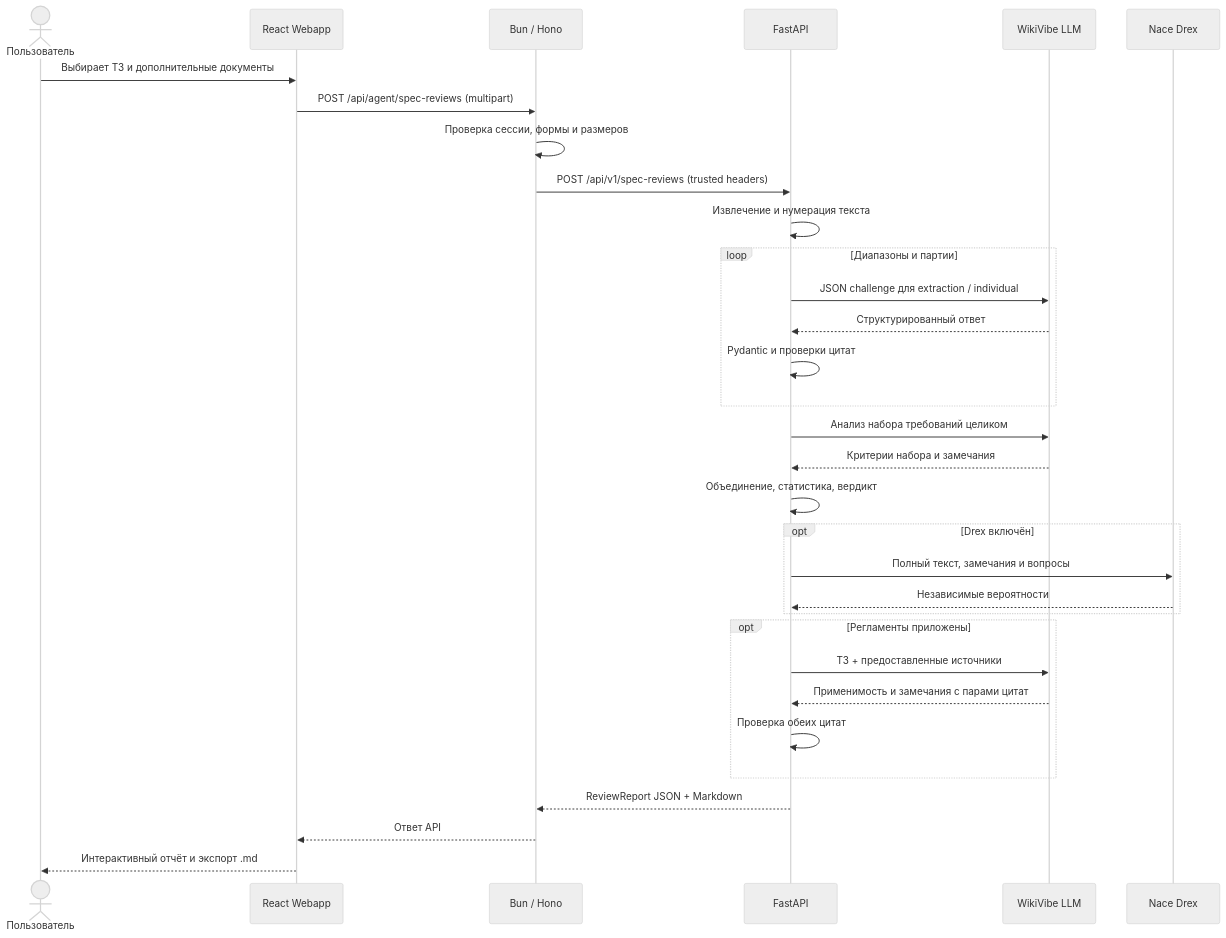
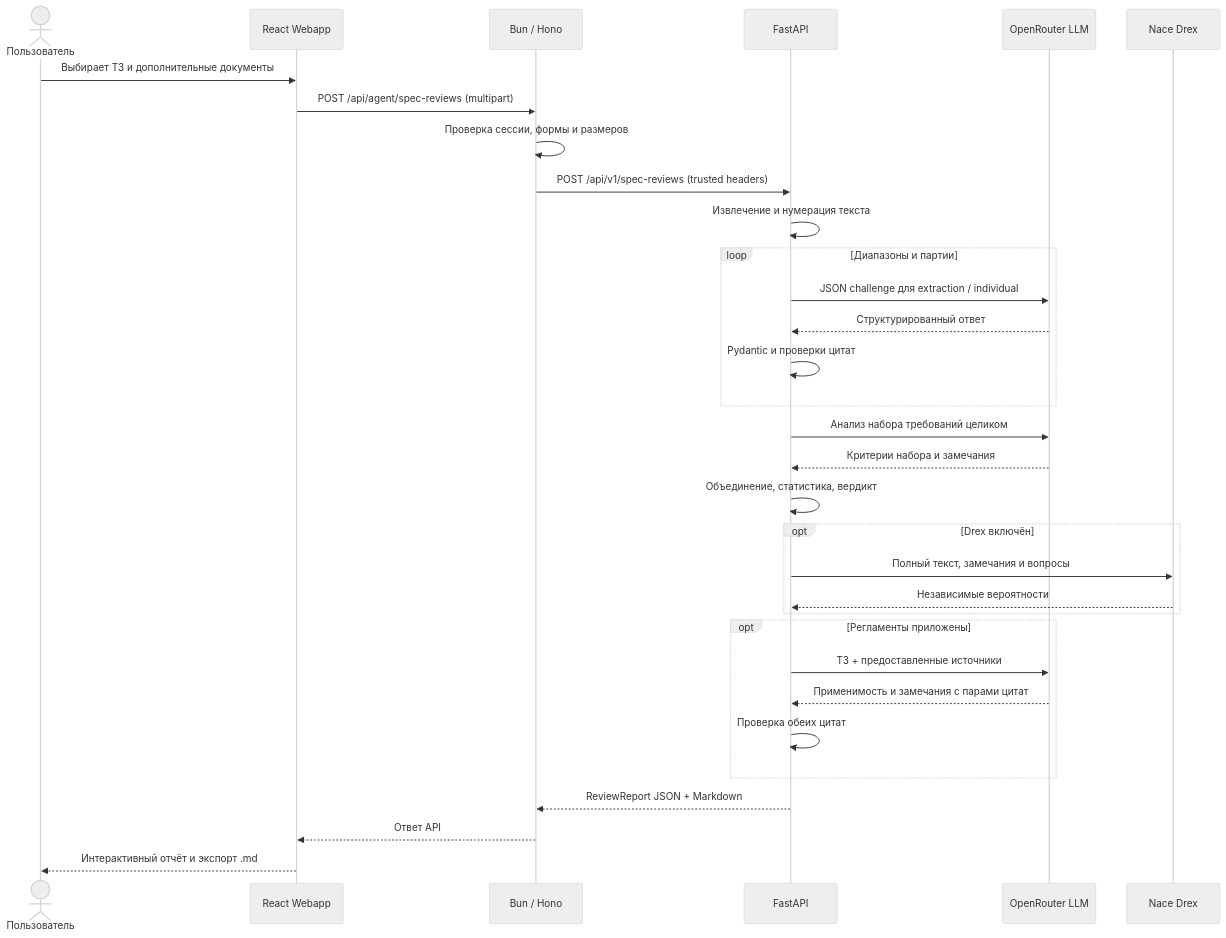
Before and after one commit to Feruum/Darumleye: the sixth of 7 diagrams in vibe/docs/SPEC_REVIEW_ARCHITECTURE.ru.md, drawn with Mermaid (neutral theme). The commit also changed other lines of this file and 19 other files, not shown here.

Commit message:
feat(review): apply Luna low across OpenRouter stages and meter each call

````diff
--- a/vibe/docs/SPEC_REVIEW_ARCHITECTURE.ru.md
+++ b/vibe/docs/SPEC_REVIEW_ARCHITECTURE.ru.md
@@ -287,35 +287,35 @@
 ```mermaid
 sequenceDiagram
     actor U as Пользователь
     participant W as React Webapp
     participant B as Bun / Hono
     participant A as FastAPI
-    participant L as WikiVibe LLM
+    participant L as OpenRouter LLM
     participant D as Nace Drex
 
     U->>W: Выбирает ТЗ и дополнительные документы
     W->>B: POST /api/agent/spec-reviews (multipart)
     B->>B: Проверка сессии, формы и размеров
     B->>A: POST /api/v1/spec-reviews (trusted headers)
     A->>A: Извлечение и нумерация текста
     loop Диапазоны и партии
         A->>L: JSON challenge для extraction / individual
         L-->>A: Структурированный ответ
         A->>A: Pydantic и проверки цитат
     end
     A->>L: Анализ набора требований целиком
     L-->>A: Критерии набора и замечания
     A->>A: Объединение, статистика, вердикт
     opt Drex включён
         A->>D: Полный текст, замечания и вопросы
         D-->>A: Независимые вероятности
     end
     opt Регламенты приложены
         A->>L: ТЗ + предоставленные источники
         L-->>A: Применимость и замечания с парами цитат
         A->>A: Проверка обеих цитат
     end
     A-->>B: ReviewReport JSON + Markdown
     B-->>W: Ответ API
     W-->>U: Интерактивный отчёт и экспорт .md
 ```
````
